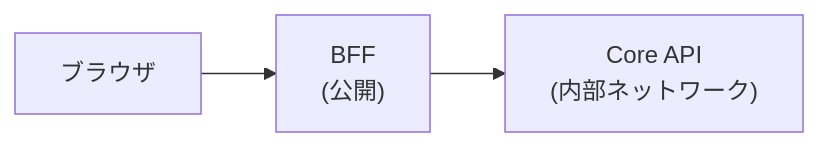
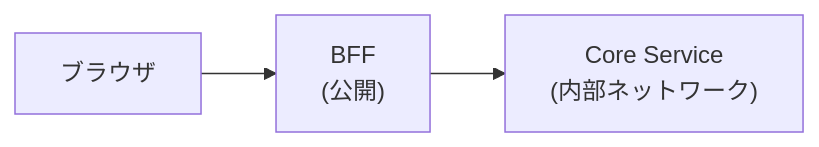
The second of 3 diagrams in docs/06_技術ノート/BFFパターン.md (ka2kama/ringiflow), drawn with Mermaid before and after one commit. The commit also changed other lines of this file and 55 other files, not shown here.

````diff
--- a/docs/06_技術ノート/BFFパターン.md
+++ b/docs/06_技術ノート/BFFパターン.md
@@ -47,8 +47,8 @@
 ```mermaid
 flowchart LR
     Browser["ブラウザ"]
     BFF["BFF<br/>(公開)"]
-    CoreAPI["Core API<br/>(内部ネットワーク)"]
+    CoreService["Core Service<br/>(内部ネットワーク)"]
 
-    Browser --> BFF --> CoreAPI
+    Browser --> BFF --> CoreService
 ```
````
